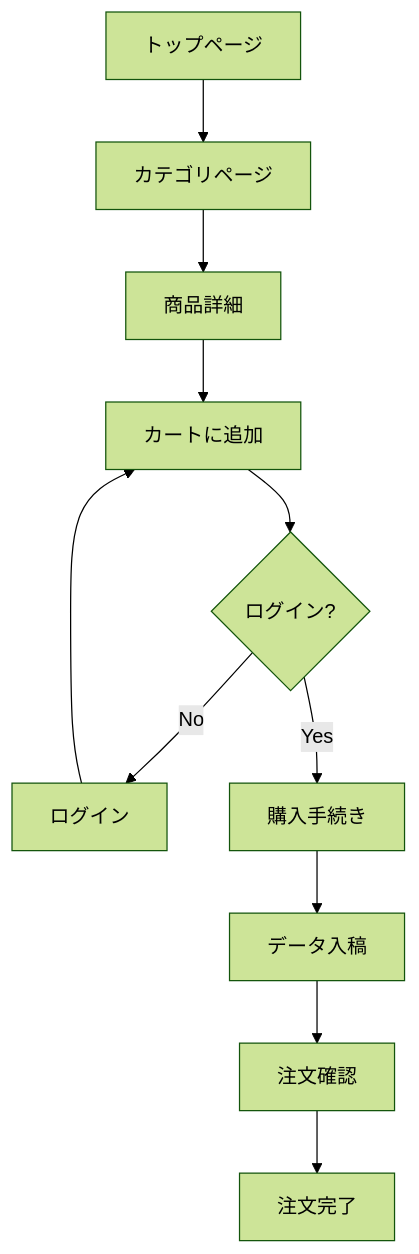
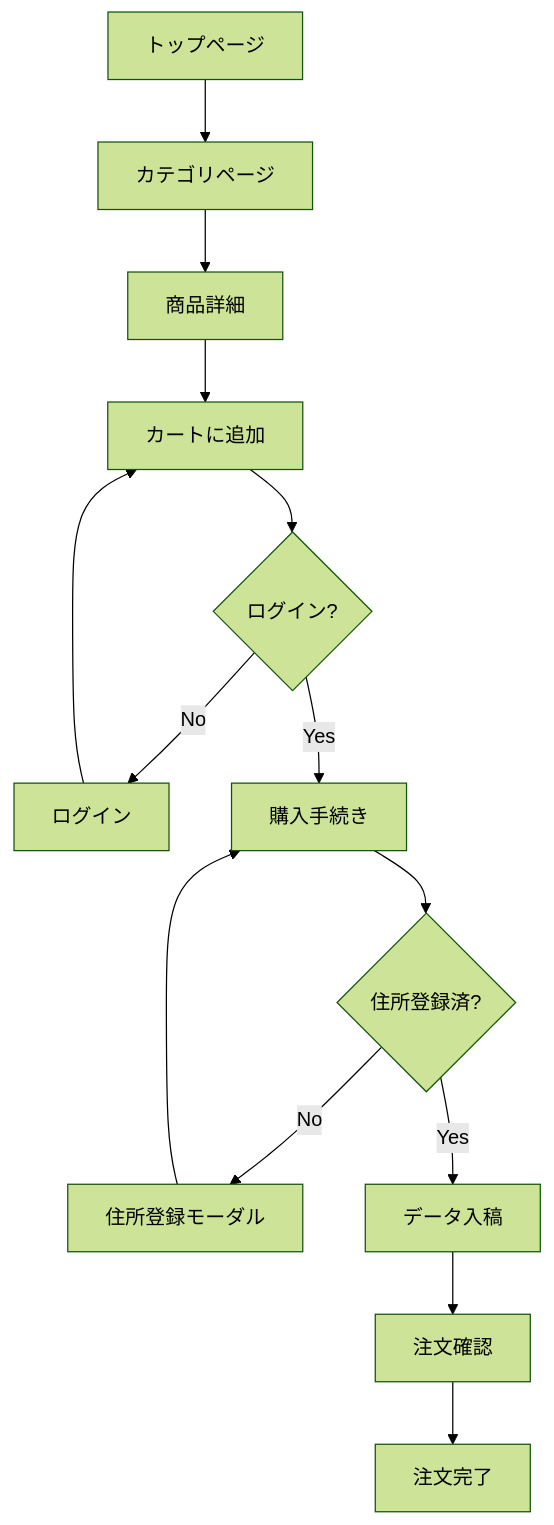
Before and after one commit to ShotaGhoona/acrique-v1: the first of 4 diagrams in docs/requirements/11-画面遷移.md, drawn with Mermaid (forest theme). The commit also changed other lines of this file and 3 other files, not shown here.

````diff
--- a/docs/requirements/11-画面遷移.md
+++ b/docs/requirements/11-画面遷移.md
@@ -5,13 +5,16 @@
 ```mermaid
 graph TD
     TOP[トップページ] --> CAT[カテゴリページ]
     CAT --> PROD[商品詳細]
     PROD --> CART[カートに追加]
     CART --> AUTH{ログイン?}
     AUTH -->|No| LOGIN[ログイン]
     LOGIN --> CART
     AUTH -->|Yes| CHECKOUT[購入手続き]
-    CHECKOUT --> UPLOAD[データ入稿]
+    CHECKOUT --> ADDR{住所登録済?}
+    ADDR -->|No| ADDR_MODAL[住所登録モーダル]
+    ADDR_MODAL --> CHECKOUT
+    ADDR -->|Yes| UPLOAD[データ入稿]
     UPLOAD --> CONFIRM[注文確認]
     CONFIRM --> COMPLETE[注文完了]
 ```
````
